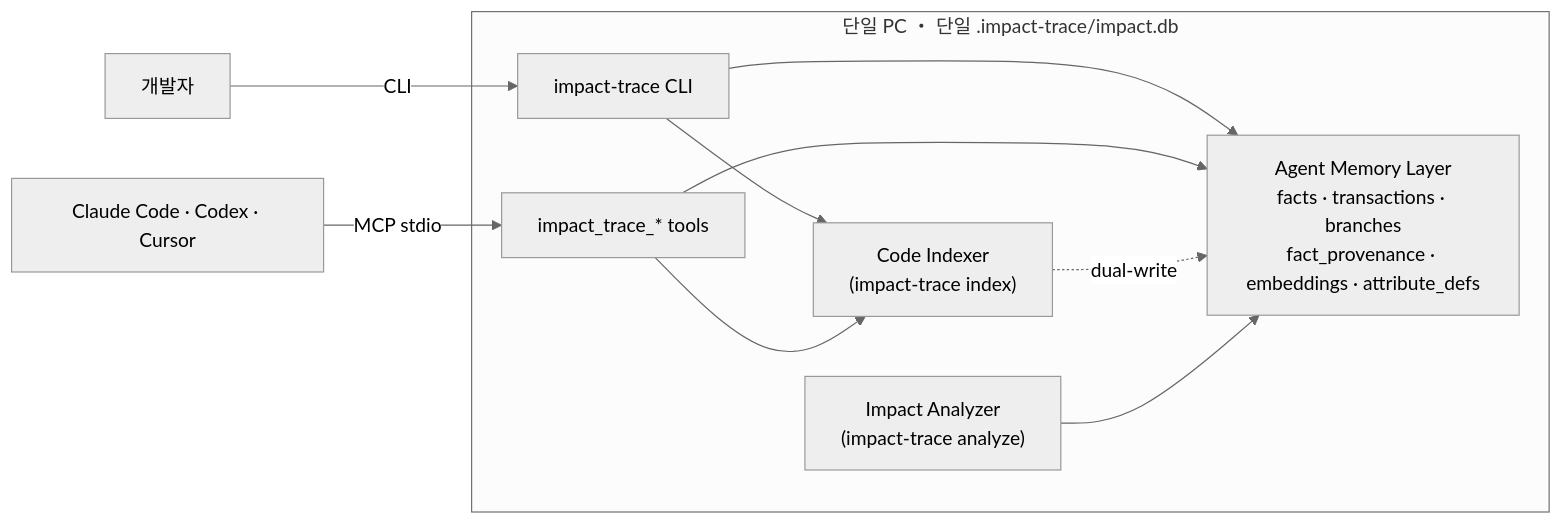
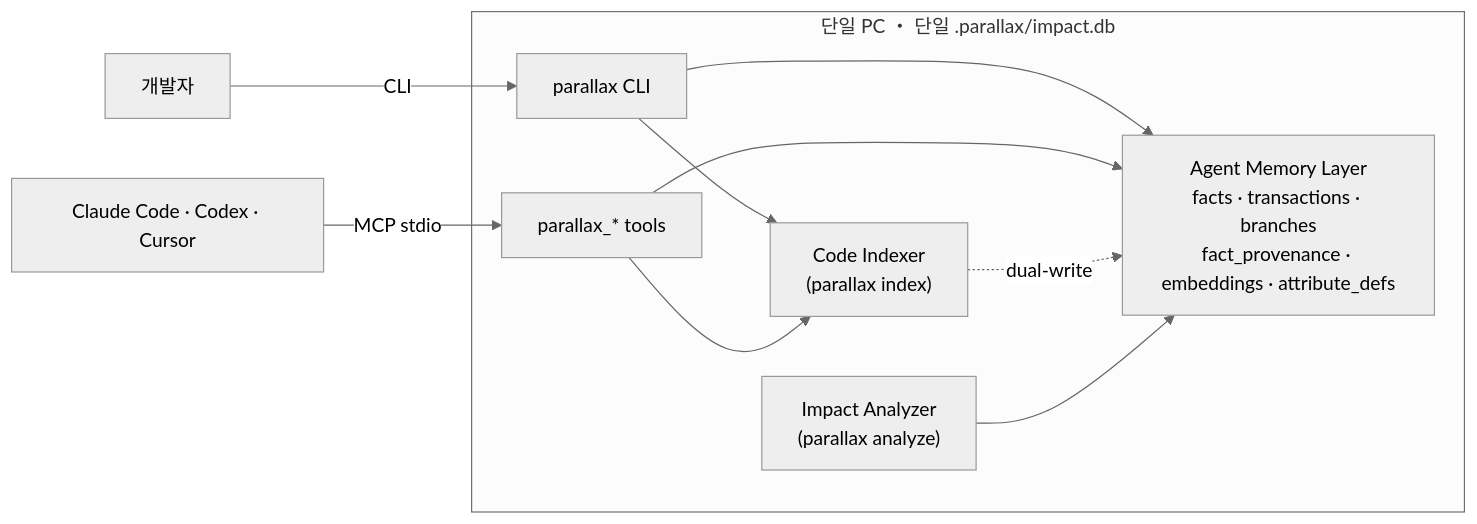
One commit to YouSangSon/Parallax changed the diagram in README.md. Above: the diagram before and after it, drawn with Mermaid (neutral theme). The commit also changed other lines of this file and 54 other files, not shown here.

````diff
--- a/README.md
+++ b/README.md
@@ -107,14 +107,14 @@
 ```mermaid
 graph LR
-  Dev[개발자] -->|CLI| Cli["impact-trace CLI"]
-  Agent["Claude Code · Codex · Cursor"] -->|MCP stdio| Mcp["impact_trace_* tools"]
-  subgraph Local[" 단일 PC ・ 단일 .impact-trace/impact.db "]
+  Dev[개발자] -->|CLI| Cli["parallax CLI"]
+  Agent["Claude Code · Codex · Cursor"] -->|MCP stdio| Mcp["parallax_* tools"]
+  subgraph Local[" 단일 PC ・ 단일 .parallax/impact.db "]
     Cli --> Mem
     Mcp --> Mem
     Cli --> Idx
     Mcp --> Idx
-    Idx["Code Indexer<br/>(impact-trace index)"] -. dual-write .-> Mem
+    Idx["Code Indexer<br/>(parallax index)"] -. dual-write .-> Mem
     Mem["Agent Memory Layer<br/>facts · transactions · branches<br/>fact_provenance · embeddings · attribute_defs"]
-    Ana["Impact Analyzer<br/>(impact-trace analyze)"] --> Mem
+    Ana["Impact Analyzer<br/>(parallax analyze)"] --> Mem
   end
 ```
````
